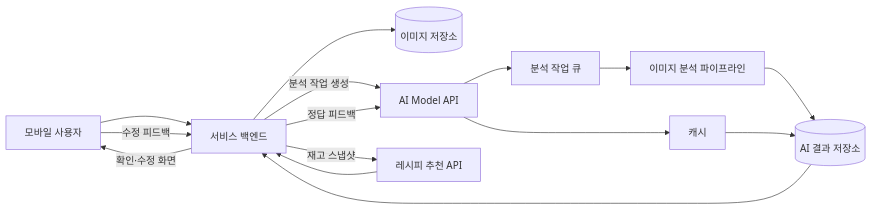
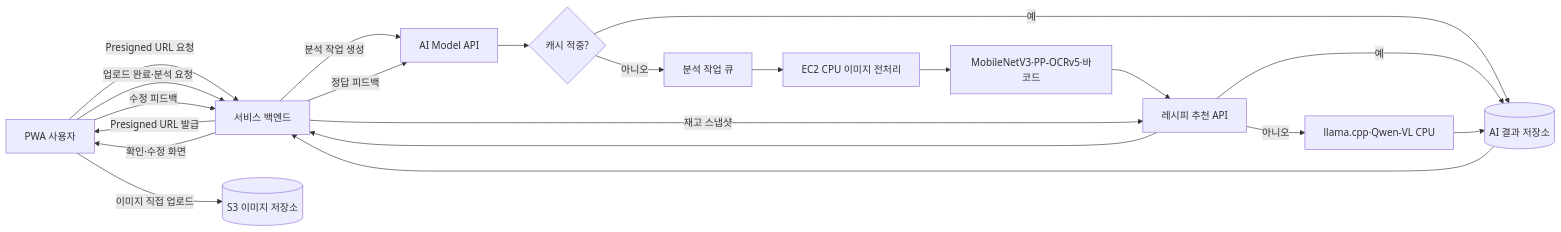
Before and after one commit to 100-hours-a-week/KTB4-5th-AI: the diagram in model_api.md, drawn with Mermaid. The commit also changed other lines of this file and 3 other files, not shown here.

````diff
--- a/model_api.md
+++ b/model_api.md
@@ -20,17 +20,23 @@
 ```mermaid
 flowchart LR
-    U[모바일 사용자] --> B[서비스 백엔드]
-    B --> S[(이미지 저장소)]
+    U[PWA 사용자] -->|Presigned URL 요청| B[서비스 백엔드]
+    B -->|Presigned URL 발급| U
+    U -->|이미지 직접 업로드| S[(S3 이미지 저장소)]
+    U -->|업로드 완료·분석 요청| B
     B -->|분석 작업 생성| A[AI Model API]
-    A --> Q[분석 작업 큐]
-    A --> E[캐시]
-    Q --> P[이미지 분석 파이프라인]
-    P --> R[(AI 결과 저장소)]
-    E --> R
+    A --> E{캐시 적중?}
+    E -- 예 --> R[(AI 결과 저장소)]
+    E -- 아니오 --> Q[분석 작업 큐]
+    Q --> P[EC2 CPU 이미지 전처리]
+    P --> M[MobileNetV3·PP-OCRv5·바코드]
+    M --> C{필수값·신뢰도 충족?}
+    C -- 예 --> R
+    C -- 아니오 --> V[llama.cpp·Qwen-VL CPU]
+    V --> R
     R --> B
     B -->|확인·수정 화면| U
     U -->|수정 피드백| B
     B -->|정답 피드백| A
     B -->|재고 스냅샷| C[레시피 추천 API]
     C --> B
 ```
````
